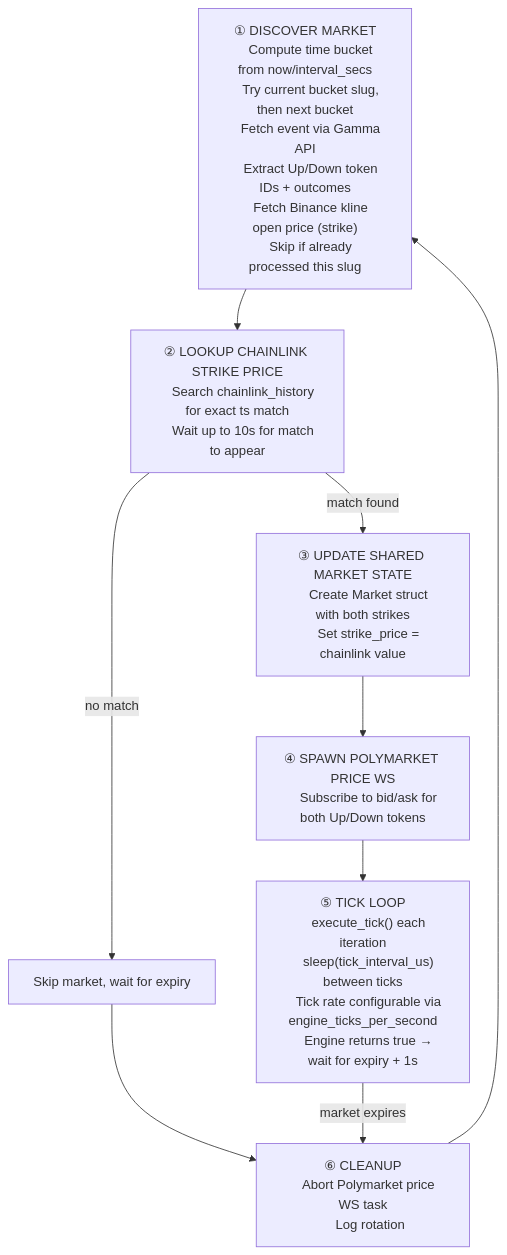
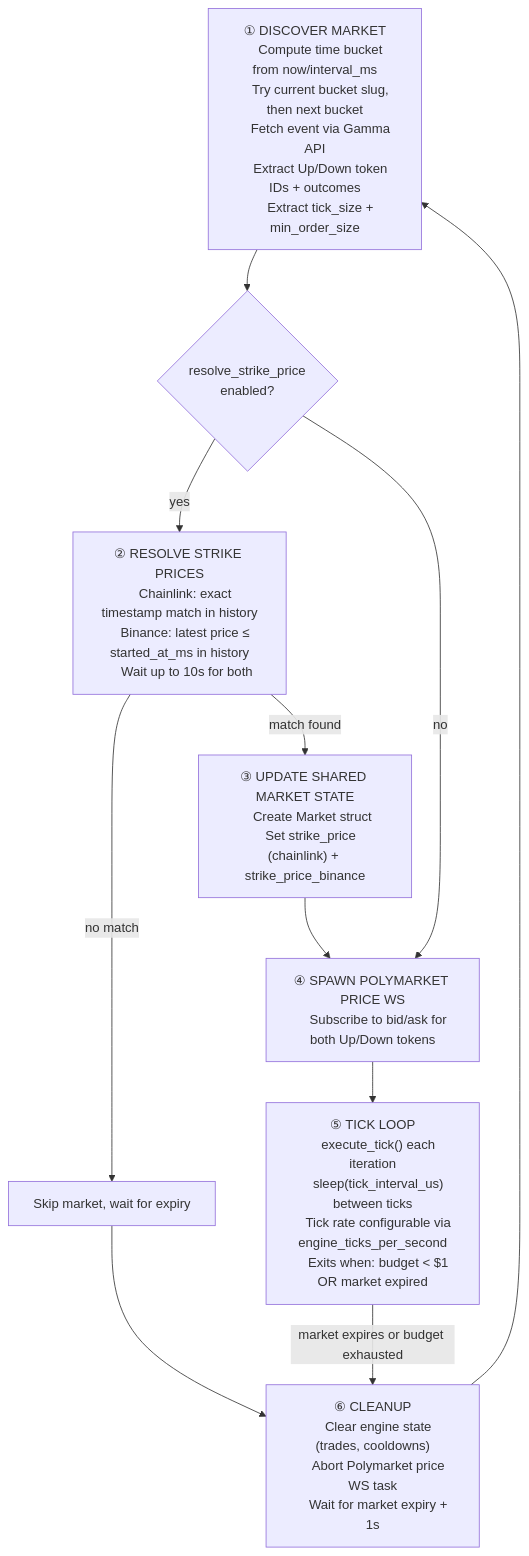
The second of 3 diagrams in docs/WORKFLOW.md (bbono/serekes), drawn with Mermaid before and after one commit. The commit also changed other lines of this file and 8 other files, not shown here.

````diff
--- a/docs/WORKFLOW.md
+++ b/docs/WORKFLOW.md
@@ -38,40 +42,46 @@
 ```mermaid
 flowchart TD
     S1["① DISCOVER MARKET
-    Compute time bucket from now/interval_secs
+    Compute time bucket from now/interval_ms
     Try current bucket slug, then next bucket
     Fetch event via Gamma API
     Extract Up/Down token IDs + outcomes
-    Fetch Binance kline open price (strike)
-    Skip if already processed this slug"]
+    Extract tick_size + min_order_size"]
 
-    S2["② LOOKUP CHAINLINK STRIKE PRICE
-    Search chainlink_history for exact ts match
-    Wait up to 10s for match to appear"]
+    S2{"resolve_strike_price
+    enabled?"}
+
+    S2a["② RESOLVE STRIKE PRICES
+    Chainlink: exact timestamp match in history
+    Binance: latest price ≤ started_at_ms in history
+    Wait up to 10s for both"]
 
     S3["③ UPDATE SHARED MARKET STATE
-    Create Market struct with both strikes
-    Set strike_price = chainlink value"]
+    Create Market struct
+    Set strike_price (chainlink) + strike_price_binance"]
 
     S4["④ SPAWN POLYMARKET PRICE WS
     Subscribe to bid/ask for both Up/Down tokens"]
 
     S5["⑤ TICK LOOP
     execute_tick() each iteration
     sleep(tick_interval_us) between ticks
     Tick rate configurable via engine_ticks_per_second
-    Engine returns true → wait for expiry + 1s"]
+    Exits when: budget < $1 OR market expired"]
 
     S6["⑥ CLEANUP
+    Clear engine state (trades, cooldowns)
     Abort Polymarket price WS task
-    Log rotation"]
+    Wait for market expiry + 1s"]
 
     S1 --> S2
-    S2 -->|no match| SKIP["Skip market, wait for expiry"]
+    S2 -->|yes| S2a
+    S2a -->|no match| SKIP["Skip market, wait for expiry"]
     SKIP --> S6
-    S2 -->|match found| S3
+    S2a -->|match found| S3
+    S2 -->|no| S4
     S3 --> S4
     S4 --> S5
-    S5 -->|market expires| S6
+    S5 -->|market expires or budget exhausted| S6
     S6 --> S1
 ```
````
